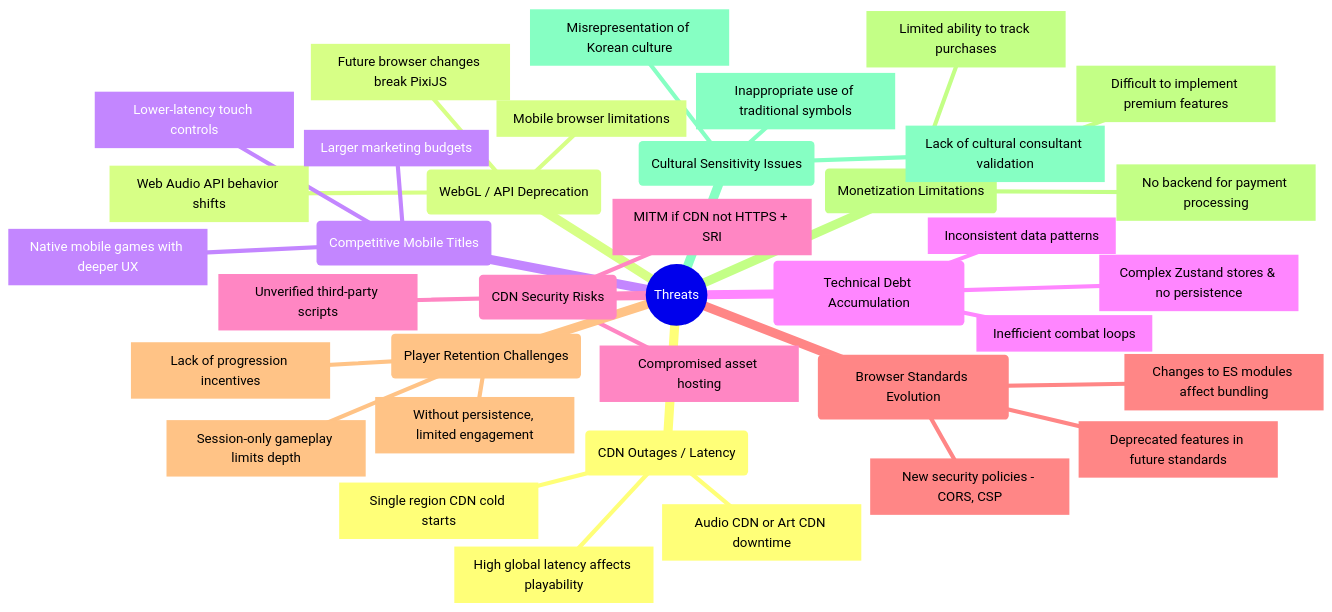
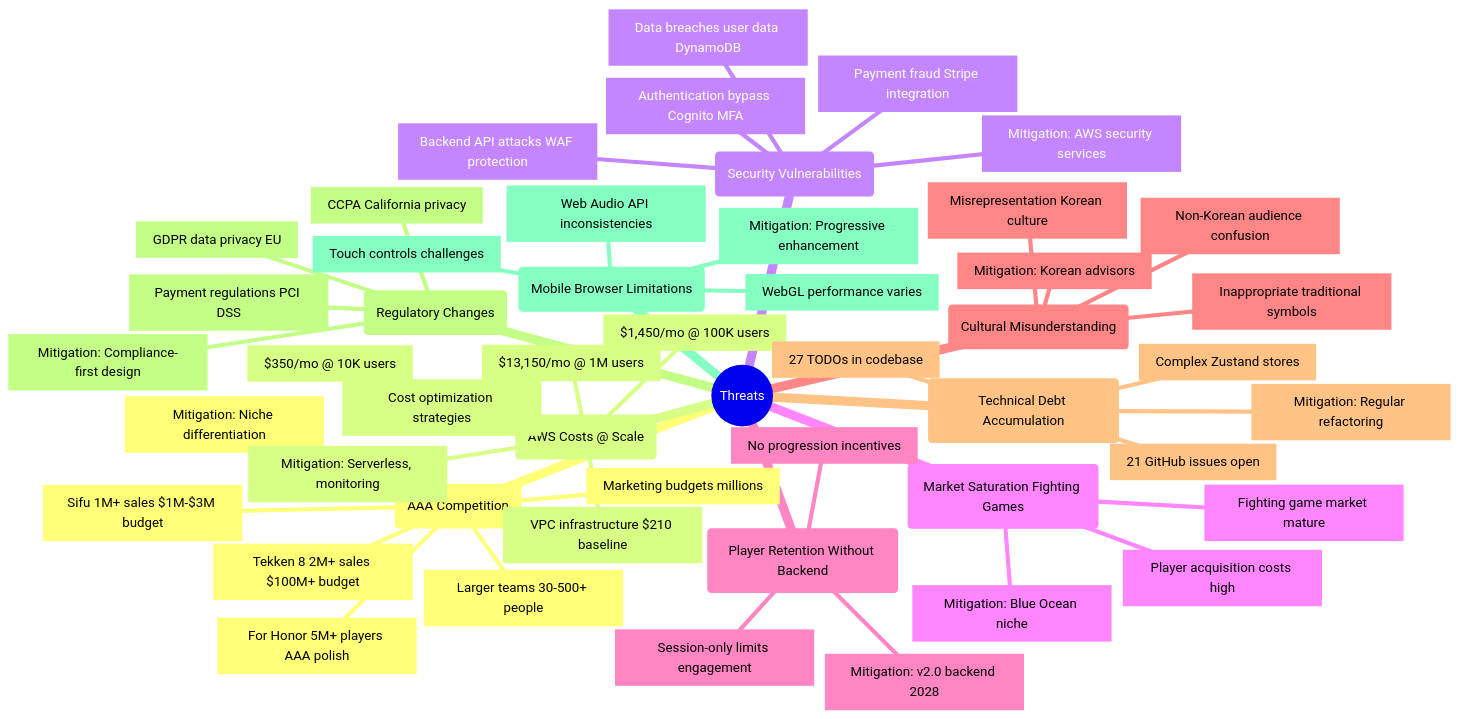
One commit to Hack23/blacktrigram changed the sixth of 8 diagrams in SWOT.md. Above: the diagram before and after it, drawn with Mermaid. The commit also changed other lines of this file and 1 other file, not shown here.

Commit message:
Complete SWOT.md and FUTURE_SWOT.md Q1 2026 comprehensive update with competitive analysis and AWS backend vision

````diff
--- a/SWOT.md
+++ b/SWOT.md
@@ -358,40 +781,52 @@
 ```mermaid
 mindmap
   root((Threats))
-    id1(CDN Outages / Latency)
-      id1.1[Audio CDN or Art CDN downtime]
-      id1.2[High global latency affects playability]
-      id1.3[Single region CDN cold starts]
-    id2(WebGL / API Deprecation)
-      id2.1[Future browser changes break PixiJS]
-      id2.2[Web Audio API behavior shifts]
-      id2.3[Mobile browser limitations]
-    id3(Competitive Mobile Titles)
-      id3.1[Native mobile games with deeper UX]
-      id3.2[Lower-latency touch controls]
-      id3.3[Larger marketing budgets]
-    id4(Technical Debt Accumulation)
-      id4.1[Complex Zustand stores & no persistence]
-      id4.2[Inconsistent data patterns]
-      id4.3[Inefficient combat loops]
-    id5(CDN Security Risks)
-      id5.1[MITM if CDN not HTTPS + SRI]
-      id5.2[Compromised asset hosting]
-      id5.3[Unverified third-party scripts]
-    id6(Browser Standards Evolution)
-      id6.1[Changes to ES modules affect bundling]
-      id6.2[New security policies - CORS, CSP]
-      id6.3[Deprecated features in future standards]
-    id7(Player Retention Challenges)
-      id7.1[Without persistence, limited engagement]
-      id7.2[Lack of progression incentives]
-      id7.3[Session-only gameplay limits depth]
-    id8(Monetization Limitations)
-      id8.1[No backend for payment processing]
-      id8.2[Limited ability to track purchases]
-      id8.3[Difficult to implement premium features]
-    id9(Cultural Sensitivity Issues)
-      id9.1[Misrepresentation of Korean culture]
-      id9.2[Inappropriate use of traditional symbols]
-      id9.3[Lack of cultural consultant validation]
+    id1(AAA Competition)
+      id1.1[Sifu 1M+ sales $1M-$3M budget]
+      id1.2[Tekken 8 2M+ sales $100M+ budget]
+      id1.3[For Honor 5M+ players AAA polish]
+      id1.4[Larger teams 30-500+ people]
+      id1.5[Marketing budgets millions]
+      id1.6[Mitigation: Niche differentiation]
+    id2(AWS Costs @ Scale)
+      id2.1[$350/mo @ 10K users]
+      id2.2[$1,450/mo @ 100K users]
+      id2.3[$13,150/mo @ 1M users]
+      id2.4[VPC infrastructure $210 baseline]
+      id2.5[Cost optimization strategies]
+      id2.6[Mitigation: Serverless, monitoring]
+    id3(Security Vulnerabilities)
+      id3.1[Payment fraud Stripe integration]
+      id3.2[Data breaches user data DynamoDB]
+      id3.3[Backend API attacks WAF protection]
+      id3.4[Authentication bypass Cognito MFA]
+      id3.5[Mitigation: AWS security services]
+    id4(Market Saturation Fighting Games)
+      id4.1[Fighting game market mature]
+      id4.2[Player acquisition costs high]
+      id4.3[Mitigation: Blue Ocean niche]
+    id5(Player Retention Without Backend)
+      id5.1[Session-only limits engagement]
+      id5.2[No progression incentives]
+      id5.3[Mitigation: v2.0 backend 2028]
+    id6(Cultural Misunderstanding)
+      id6.1[Misrepresentation Korean culture]
+      id6.2[Inappropriate traditional symbols]
+      id6.3[Non-Korean audience confusion]
+      id6.4[Mitigation: Korean advisors]
+    id7(Technical Debt Accumulation)
+      id7.1[27 TODOs in codebase]
+      id7.2[21 GitHub issues open]
+      id7.3[Complex Zustand stores]
+      id7.4[Mitigation: Regular refactoring]
+    id8(Regulatory Changes)
+      id8.1[GDPR data privacy EU]
+      id8.2[CCPA California privacy]
+      id8.3[Payment regulations PCI DSS]
+      id8.4[Mitigation: Compliance-first design]
+    id9(Mobile Browser Limitations)
+      id9.1[WebGL performance varies]
+      id9.2[Web Audio API inconsistencies]
+      id9.3[Touch controls challenges]
+      id9.4[Mitigation: Progressive enhancement]
 ```
````
